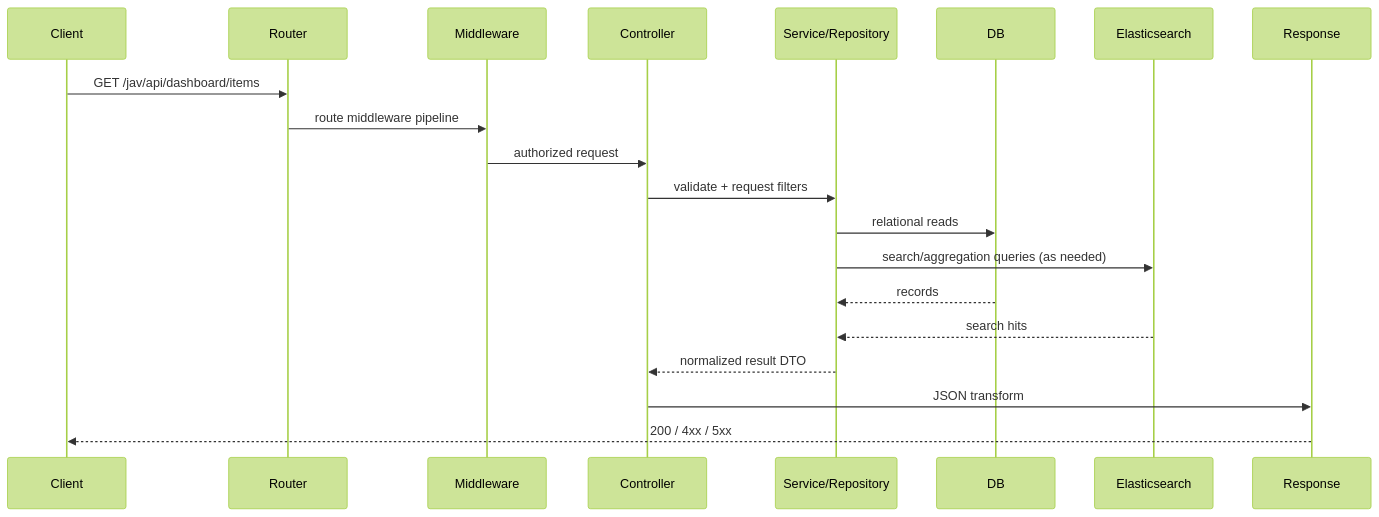
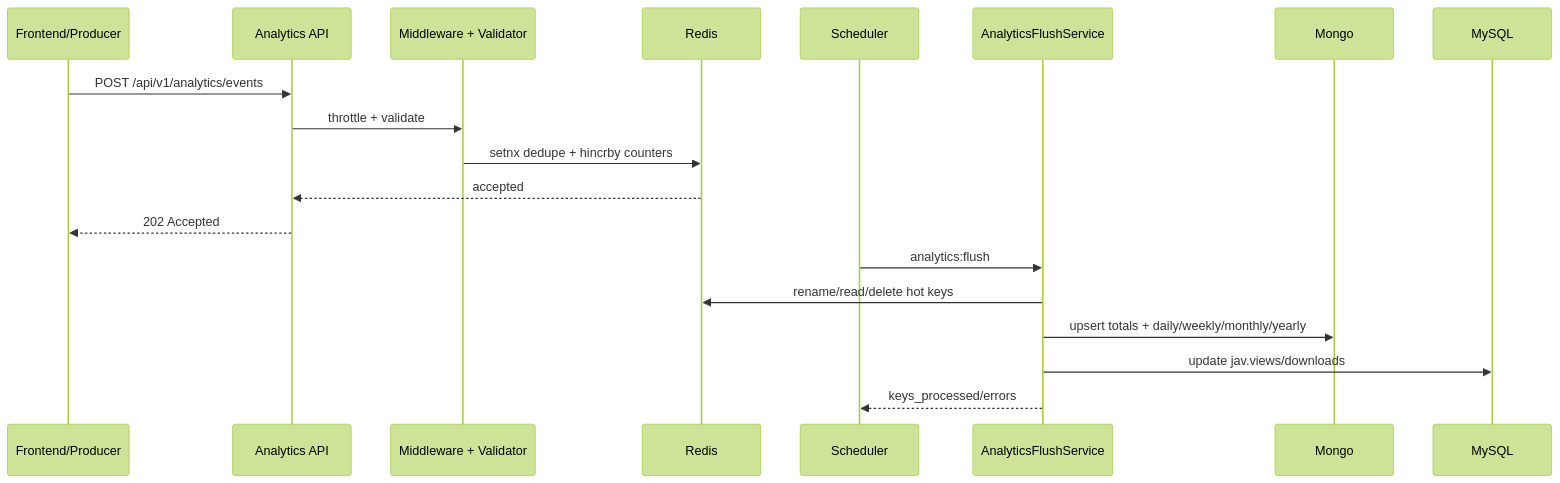
The diagram in docs/architecture/request-lifecycle.md (jooservices/XCrawlerII), drawn with Mermaid (forest theme) before and after one commit. The commit also changed other lines of this file and 33 other files, not shown here.

````diff
--- a/docs/architecture/request-lifecycle.md
+++ b/docs/architecture/request-lifecycle.md
@@ -20,23 +16,22 @@
 ```mermaid
 sequenceDiagram
-participant Client
-participant Router
-participant Middleware
-participant Controller
-participant ServiceRepo as Service/Repository
-participant DB
-participant Search as Elasticsearch
-participant Response
+participant FE as Frontend/Producer
+participant API as Analytics API
+participant MW as Middleware + Validator
+participant Redis
+participant Scheduler
+participant Flush as AnalyticsFlushService
+participant Mongo
+participant MySQL
 
-Client->>Router: GET /jav/api/dashboard/items
-Router->>Middleware: route middleware pipeline
-Middleware->>Controller: authorized request
-Controller->>ServiceRepo: validate + request filters
-ServiceRepo->>DB: relational reads
-ServiceRepo->>Search: search/aggregation queries (as needed)
-DB-->>ServiceRepo: records
-Search-->>ServiceRepo: search hits
-ServiceRepo-->>Controller: normalized result DTO
-Controller->>Response: JSON transform
-Response-->>Client: 200 / 4xx / 5xx
+FE->>API: POST /api/v1/analytics/events
+API->>MW: throttle + validate
+MW->>Redis: setnx dedupe + hincrby counters
+Redis-->>API: accepted
+API-->>FE: 202 Accepted
+Scheduler->>Flush: analytics:flush
+Flush->>Redis: rename/read/delete hot keys
+Flush->>Mongo: upsert totals + daily/weekly/monthly/yearly
+Flush->>MySQL: update jav.views/downloads
+Flush-->>Scheduler: keys_processed/errors
 ```
````
